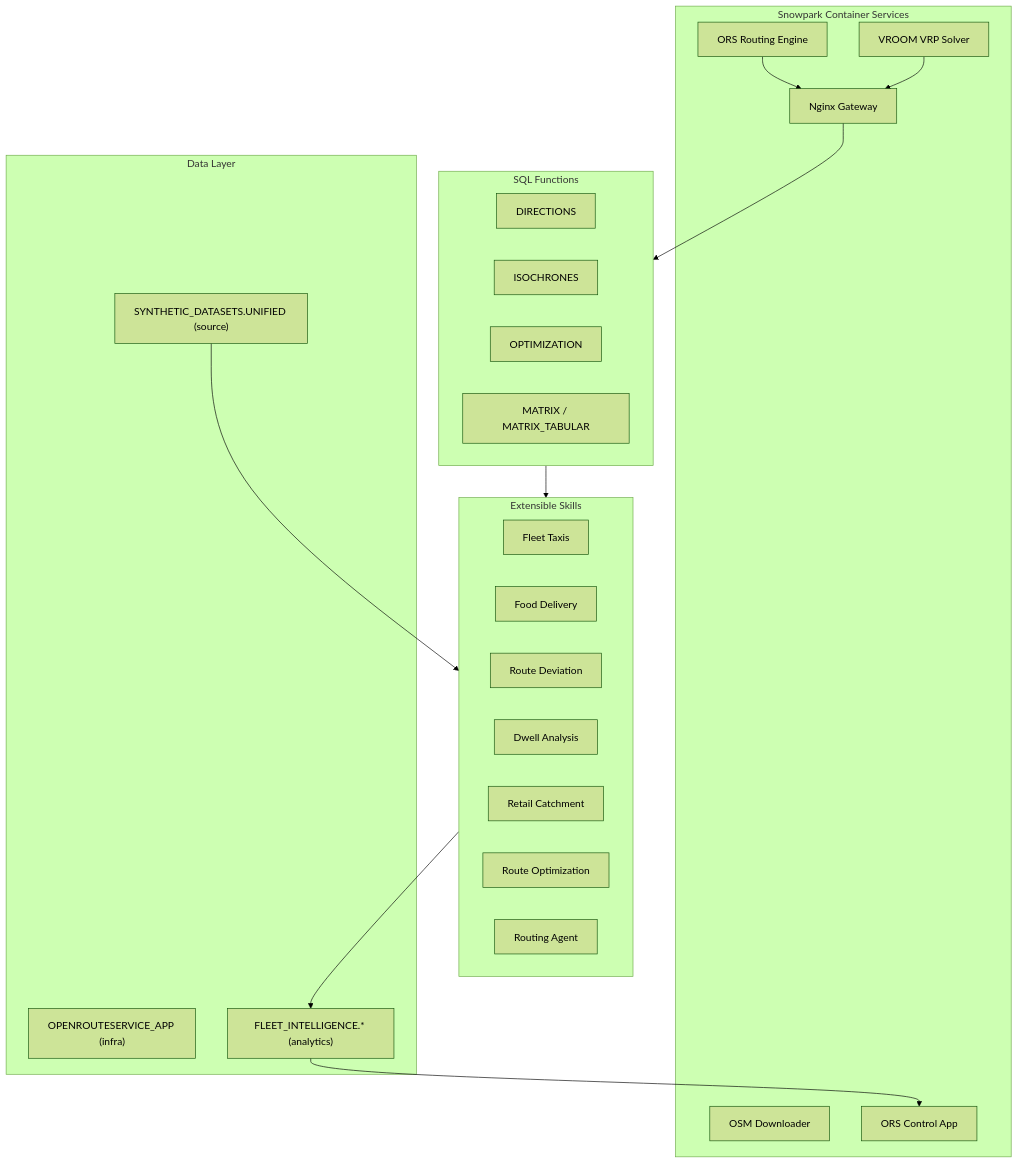
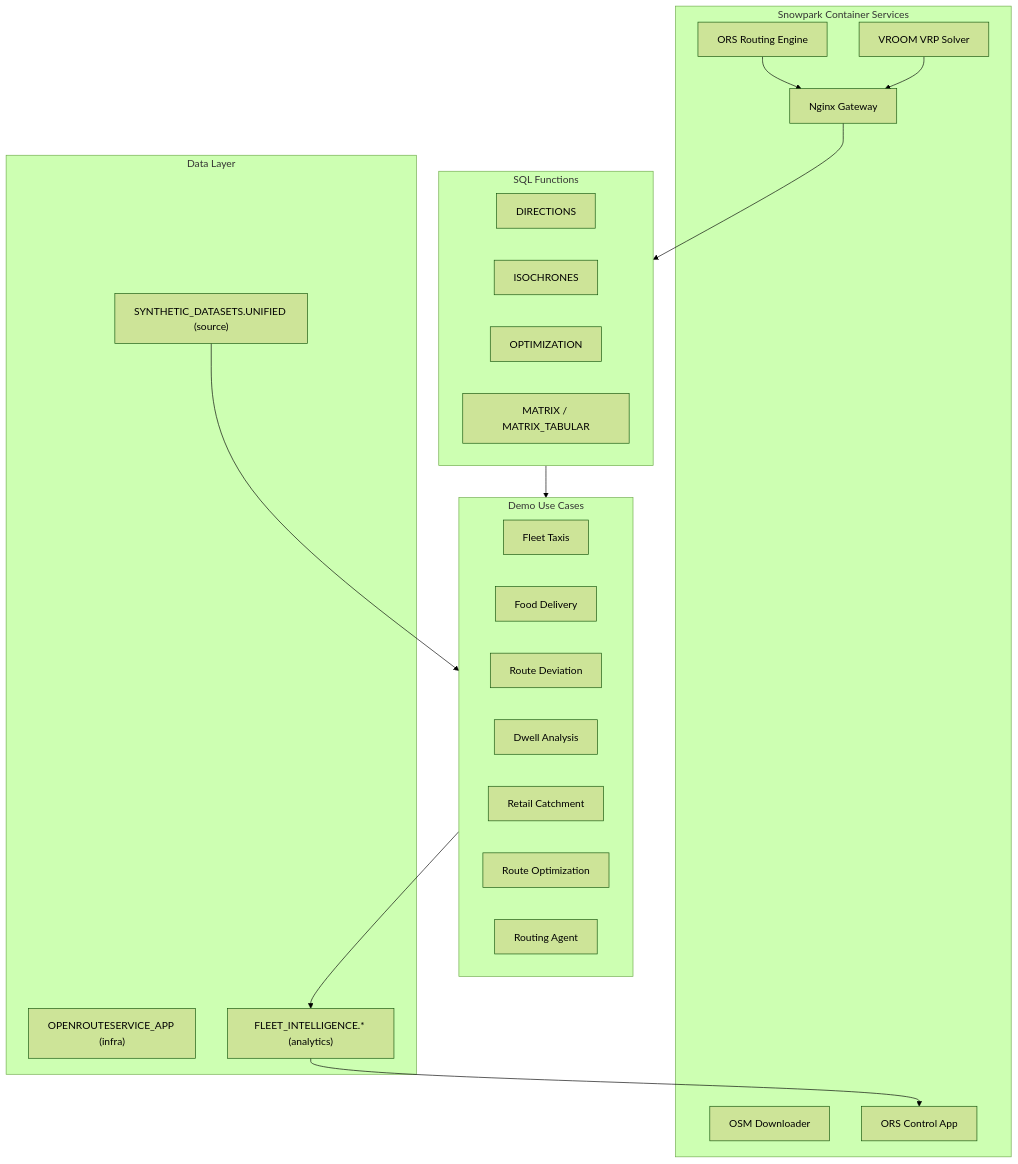
Before and after one commit to Snowflake-Labs/sfguide-create-a-route-optimisation-and-vehicle-route-plan-simulator: the first of 3 diagrams in README.md, drawn with Mermaid (forest theme). The commit also changed other lines of this file and 1 other file, not shown here.

````diff
--- a/README.md
+++ b/README.md
@@ -20,41 +22,41 @@
 ```mermaid
 graph TB
     subgraph spcs [Snowpark Container Services]
         ORS[ORS Routing Engine]
         VROOM[VROOM VRP Solver]
         GW[Nginx Gateway]
         DL[OSM Downloader]
         UI[ORS Control App]
     end
 
     subgraph functions [SQL Functions]
         DIR[DIRECTIONS]
         ISO[ISOCHRONES]
         OPT[OPTIMIZATION]
         MTX[MATRIX / MATRIX_TABULAR]
     end
 
     subgraph data [Data Layer]
         SETUP["OPENROUTESERVICE_APP (infra)"]
         SYNTH["SYNTHETIC_DATASETS.UNIFIED (source)"]
         FI["FLEET_INTELLIGENCE.* (analytics)"]
     end
 
-    subgraph skills [Extensible Skills]
+    subgraph skills [Demo Use Cases]
         S1[Fleet Taxis]
         S2[Food Delivery]
         S3[Route Deviation]
         S4[Dwell Analysis]
         S5[Retail Catchment]
         S6[Route Optimization]
         S7[Routing Agent]
     end
 
     ORS --> GW
     VROOM --> GW
     GW --> functions
     functions --> skills
     SYNTH --> skills
     skills --> FI
     FI --> UI
 ```
````
